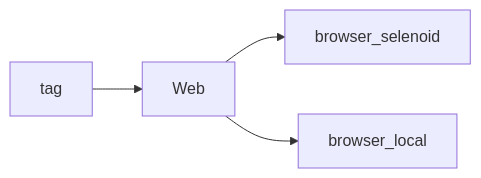
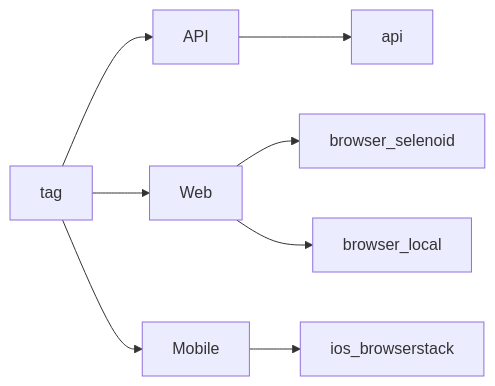
One commit to LuroyJenkins/snowball-income changed the first of 2 diagrams in README.md. Above: the diagram before and after it, drawn with Mermaid. The commit also changed other lines of this file, not shown here.

````diff
--- a/README.md
+++ b/README.md
@@ -81,6 +99,10 @@
 ```mermaid
 graph LR
-A[tag] --> C[Web]
+A[tag] --> B[API]
+A --> C[Web]
+A --> D[Mobile]
+B --> K[api]
 C --> E[browser_selenoid]
 C --> F[browser_local]
+D --> G[ios_browserstack]
 ```
````
